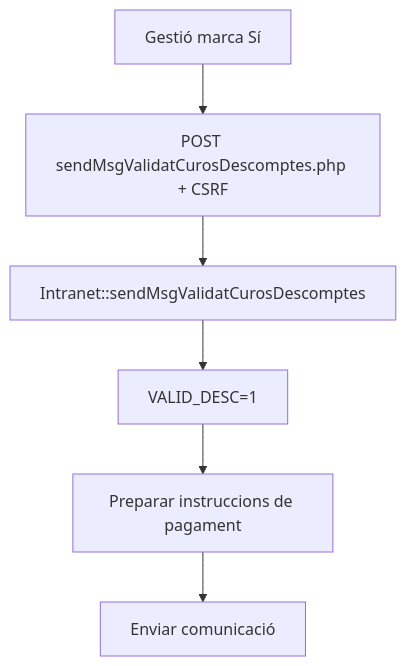
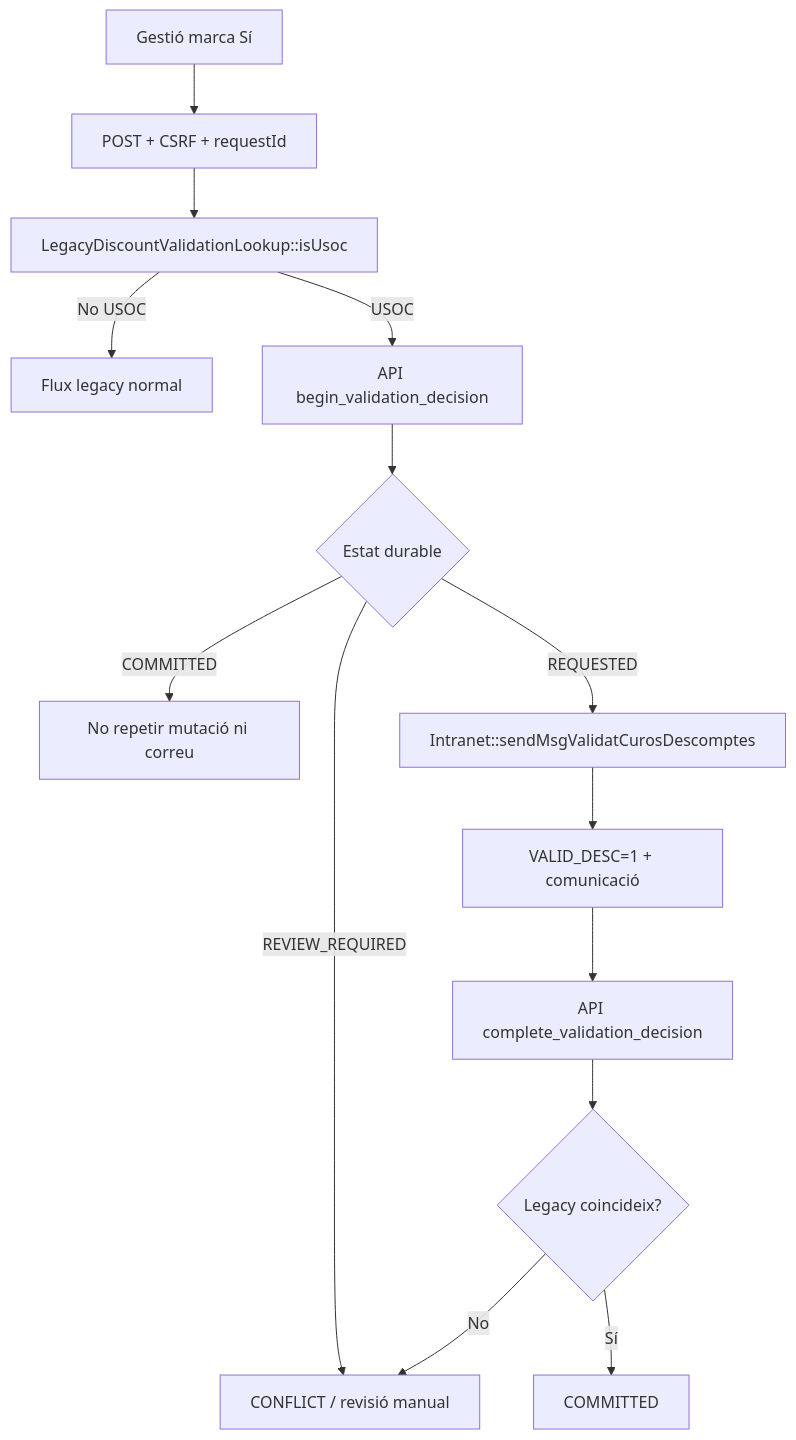
One commit to orgmeriemprismacat-del/verifactu changed diagram 13 of 23 in documentacio/07-uml-integrat/uc-013-activitats-pagines-actual-final.md. Above: the diagram before and after it, drawn with Mermaid. The commit also changed other lines of this file, not shown here.

Commit message:
docs(uc-013): actualitzar activitats validacio durable i conciliacio

````diff
--- a/documentacio/07-uml-integrat/uc-013-activitats-pagines-actual-final.md
+++ b/documentacio/07-uml-integrat/uc-013-activitats-pagines-actual-final.md
@@ -158,8 +158,16 @@
 ```mermaid
 flowchart TD
-    A[Gestió marca Sí] --> B[POST sendMsgValidatCurosDescomptes.php + CSRF]
-    B --> C[Intranet::sendMsgValidatCurosDescomptes]
-    C --> D[VALID_DESC=1]
-    D --> E[Preparar instruccions de pagament]
-    E --> F[Enviar comunicació]
+    A[Gestió marca Sí] --> B[POST + CSRF + requestId]
+    B --> C[LegacyDiscountValidationLookup::isUsoc]
+    C -- No USOC --> D[Flux legacy normal]
+    C -- USOC --> E[API begin_validation_decision]
+    E --> F{Estat durable}
+    F -- COMMITTED --> G[No repetir mutació ni correu]
+    F -- REVIEW_REQUIRED --> H[CONFLICT / revisió manual]
+    F -- REQUESTED --> I[Intranet::sendMsgValidatCurosDescomptes]
+    I --> J[VALID_DESC=1 + comunicació]
+    J --> K[API complete_validation_decision]
+    K --> L{Legacy coincideix?}
+    L -- Sí --> M[COMMITTED]
+    L -- No --> H
 ```
````
